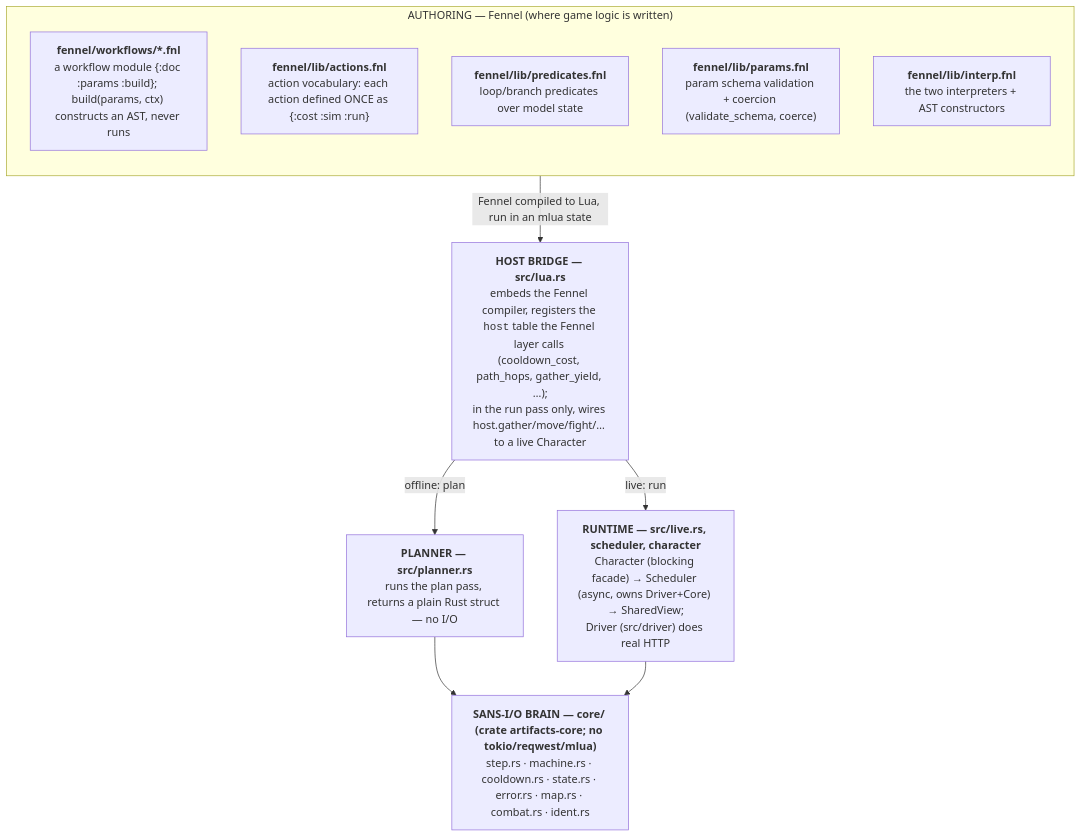
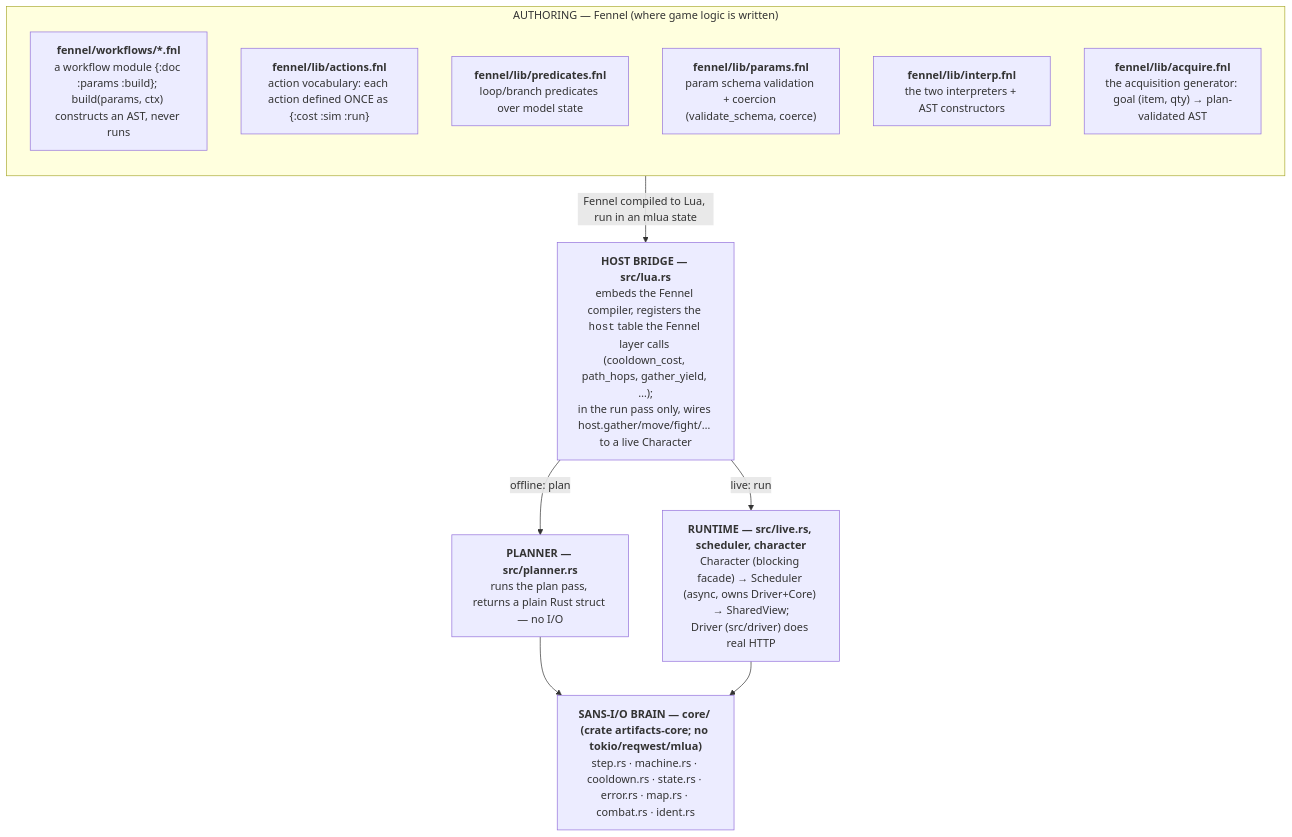
One commit to dfontana/artifacts changed the diagram in docs/ARCHITECTURE.md. Above: the diagram before and after it, drawn with Mermaid. The commit also changed other lines of this file and 19 other files, not shown here.

First line of the commit message:
M5: acquire generator — SourceIndex, acquire.fnl, craft.fnl

````diff
--- a/docs/ARCHITECTURE.md
+++ b/docs/ARCHITECTURE.md
@@ -11,24 +11,25 @@
 ```mermaid
 flowchart TD
     subgraph authoring["AUTHORING — Fennel (where game logic is written)"]
         direction TB
         wf["<b>fennel/workflows/*.fnl</b><br/>a workflow module {:doc :params :build}; build(params, ctx) constructs an AST, never runs"]
         act["<b>fennel/lib/actions.fnl</b><br/>action vocabulary: each action defined ONCE as {:cost :sim :run}"]
         pred["<b>fennel/lib/predicates.fnl</b><br/>loop/branch predicates over model state"]
         params["<b>fennel/lib/params.fnl</b><br/>param schema validation + coercion (validate_schema, coerce)"]
         interp["<b>fennel/lib/interp.fnl</b><br/>the two interpreters + AST constructors"]
+        acq["<b>fennel/lib/acquire.fnl</b><br/>the acquisition generator: goal (item, qty) → plan-validated AST"]
     end
 
     bridge["<b>HOST BRIDGE — src/lua.rs</b><br/>embeds the Fennel compiler, registers the <code>host</code> table the Fennel layer calls (cooldown_cost, path_hops, gather_yield, …);<br/>in the run pass only, wires host.gather/move/fight/… to a live Character"]
 
     planner["<b>PLANNER — src/planner.rs</b><br/>runs the plan pass, returns a plain Rust struct — no I/O"]
     runtime["<b>RUNTIME — src/live.rs, scheduler, character</b><br/>Character (blocking facade) → Scheduler (async, owns Driver+Core) → SharedView;<br/>Driver (src/driver) does real HTTP"]
 
     core["<b>SANS-I/O BRAIN — core/ (crate artifacts-core; no tokio/reqwest/mlua)</b><br/>step.rs · machine.rs · cooldown.rs · state.rs · error.rs · map.rs · combat.rs · ident.rs"]
 
     authoring -->|"Fennel compiled to Lua, run in an mlua state"| bridge
     bridge -->|"offline: plan"| planner
     bridge -->|"live: run"| runtime
     planner --> core
     runtime --> core
 ```
````
